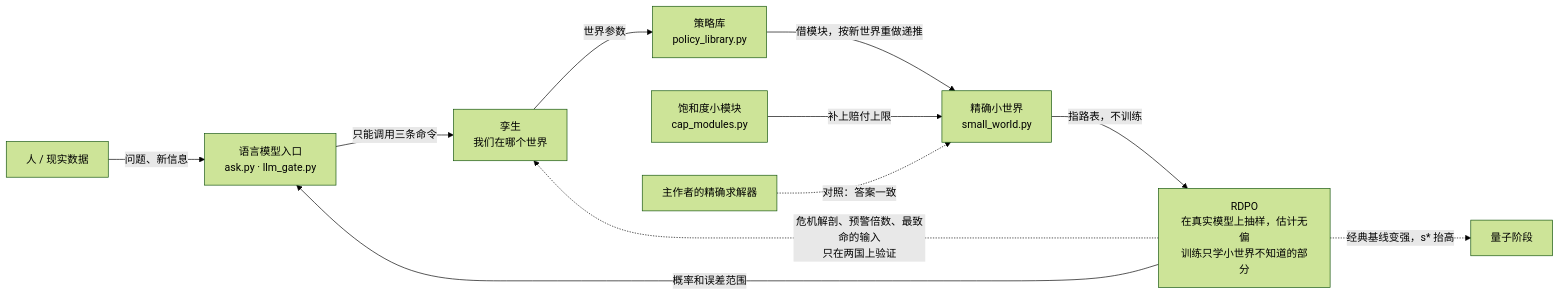
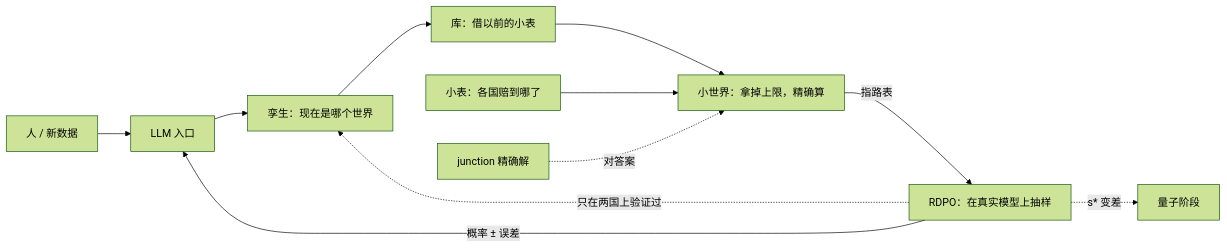
Before and after one commit to CL0908/adb-quantum-challenge: the diagram in addons/README.md, drawn with Mermaid (forest theme). The commit also changed other lines of this file, not shown here.

````diff
--- a/addons/README.md
+++ b/addons/README.md
@@ -253,13 +253,13 @@
 ```mermaid
 flowchart LR
-    U["人 / 现实数据"] -->|"问题、新信息"| G["语言模型入口<br/>ask.py · llm_gate.py"]
-    G -->|"只能调用三条命令"| T["孪生<br/>我们在哪个世界"]
-    T -->|"世界参数"| B["策略库<br/>policy_library.py"]
-    B -->|"借模块，按新世界重做递推"| S["精确小世界<br/>small_world.py"]
-    M["饱和度小模块<br/>cap_modules.py"] -->|"补上赔付上限"| S
-    S -->|"指路表，不训练"| R["RDPO<br/>在真实模型上抽样，估计无偏<br/>训练只学小世界不知道的部分"]
-    R -->|"概率和误差范围"| G
-    R -.->|"危机解剖、预警倍数、最致命的输入<br/>只在两国上验证"| T
-    X["主作者的精确求解器"] -.->|"对照：答案一致"| S
-    R -.->|"经典基线变强，s* 抬高"| Q["量子阶段"]
+    U["人 / 新数据"] --> G["LLM 入口"]
+    G --> T["孪生：现在是哪个世界"]
+    T --> B["库：借以前的小表"]
+    B --> S["小世界：拿掉上限，精确算"]
+    M["小表：各国赔到哪了"] --> S
+    S -->|"指路表"| R["RDPO：在真实模型上抽样"]
+    R -->|"概率 ± 误差"| G
+    R -.->|"只在两国上验证过"| T
+    X["junction 精确解"] -.->|"对答案"| S
+    R -.->|"s* 变差"| Q["量子阶段"]
 ```
````
